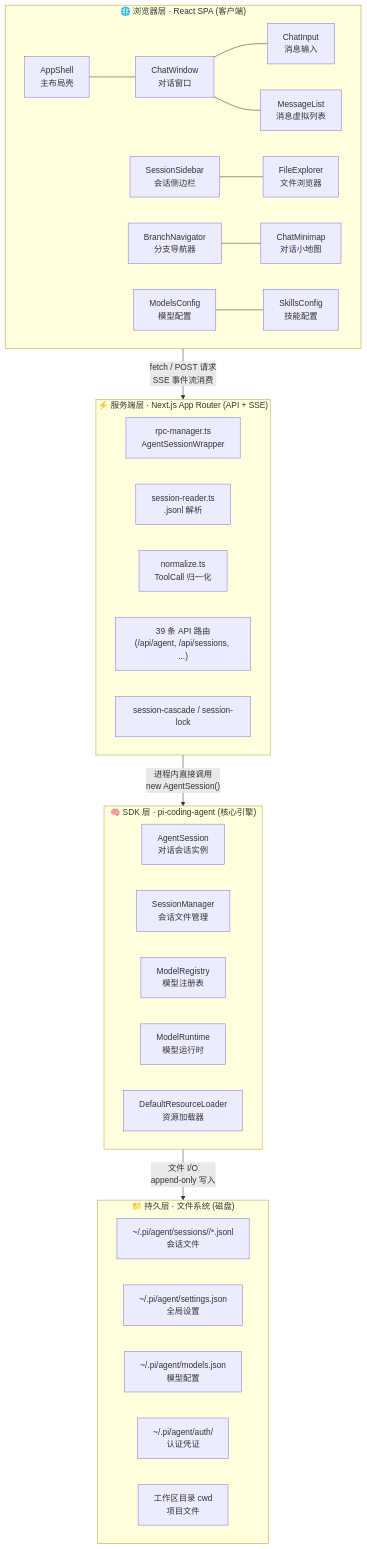
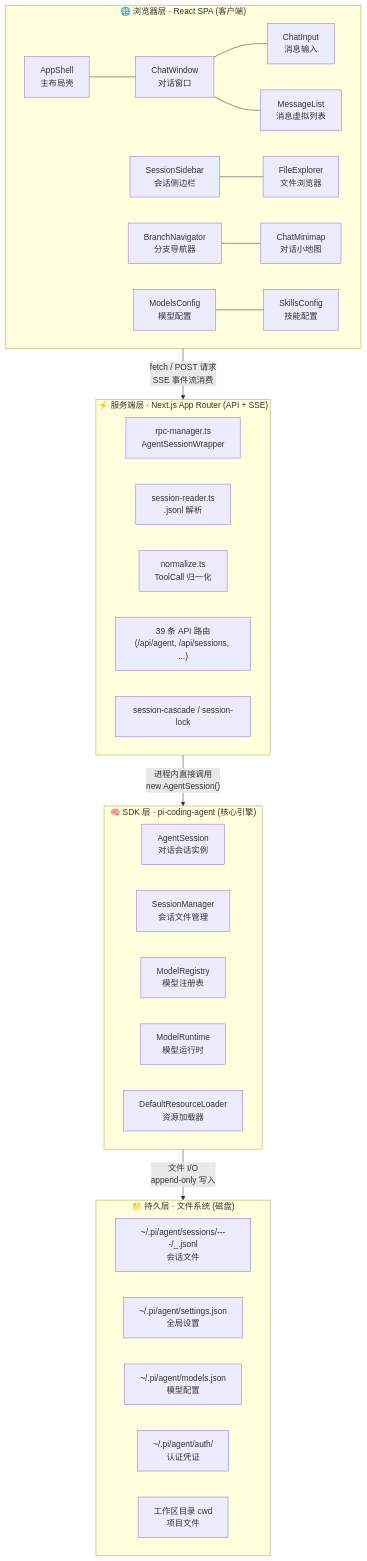
One commit to Chasen-Liao/pi-agent-desktop changed the first of 2 diagrams in .zread/wiki/versions/2026-10-06-001245/1-xiang-mu-gai-lan.md. Above: the diagram before and after it, drawn with Mermaid. The commit also changed other lines of this file and 29 other files, not shown here.

First line of the commit message:
docs(wiki): align zread wiki with main architecture

````diff
--- a/.zread/wiki/versions/2026-10-06-001245/1-xiang-mu-gai-lan.md
+++ b/.zread/wiki/versions/2026-10-06-001245/1-xiang-mu-gai-lan.md
@@ -27,43 +27,43 @@
 ```mermaid
 flowchart TD
     subgraph L1["🌐 浏览器层 · React SPA (客户端)"]
         direction LR
         C1[AppShell<br/>主布局壳] --- C2[ChatWindow<br/>对话窗口]
         C2 --- C3[ChatInput<br/>消息输入]
         C2 --- C4[MessageList<br/>消息虚拟列表]
         C5[SessionSidebar<br/>会话侧边栏] --- C6[FileExplorer<br/>文件浏览器]
         C7[BranchNavigator<br/>分支导航器] --- C8[ChatMinimap<br/>对话小地图]
         C9[ModelsConfig<br/>模型配置] --- C10[SkillsConfig<br/>技能配置]
     end
 
     subgraph L2["⚡ 服务端层 · Next.js App Router (API + SSE)"]
         direction LR
         S1[rpc-manager.ts<br/>AgentSessionWrapper] 
         S2[session-reader.ts<br/>.jsonl 解析]
         S3[normalize.ts<br/>ToolCall 归一化]
         S4["39 条 API 路由<br/>(/api/agent, /api/sessions, ...)"]
         S5[session-cascade / session-lock]
     end
 
     subgraph L3["🧠 SDK 层 · pi-coding-agent (核心引擎)"]
         direction LR
         A1[AgentSession<br/>对话会话实例]
         A2[SessionManager<br/>会话文件管理]
         A3[ModelRegistry<br/>模型注册表]
         A4[ModelRuntime<br/>模型运行时]
         A5[DefaultResourceLoader<br/>资源加载器]
     end
 
     subgraph L4["📁 持久层 · 文件系统 (磁盘)"]
         direction LR
-        F1["~/.pi/agent/sessions/<encoded-cwd>/*.jsonl<br/>会话文件"]
+        F1["~/.pi/agent/sessions/--<encoded>--/<timestamp>_<uuidv7>.jsonl<br/>会话文件"]
         F2["~/.pi/agent/settings.json<br/>全局设置"]
         F3["~/.pi/agent/models.json<br/>模型配置"]
         F4["~/.pi/agent/auth/<br/>认证凭证"]
         F5[工作区目录 cwd<br/>项目文件]
     end
 
     L1 -->|"fetch / POST 请求<br/>SSE 事件流消费"| L2
     L2 -->|"进程内直接调用<br/>new AgentSession()"| L3
     L3 -->|"文件 I/O<br/>append-only 写入"| L4
 ```
````
